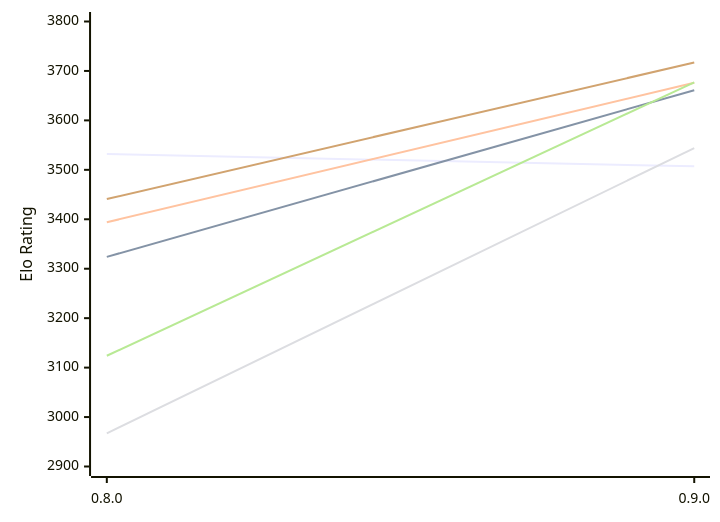
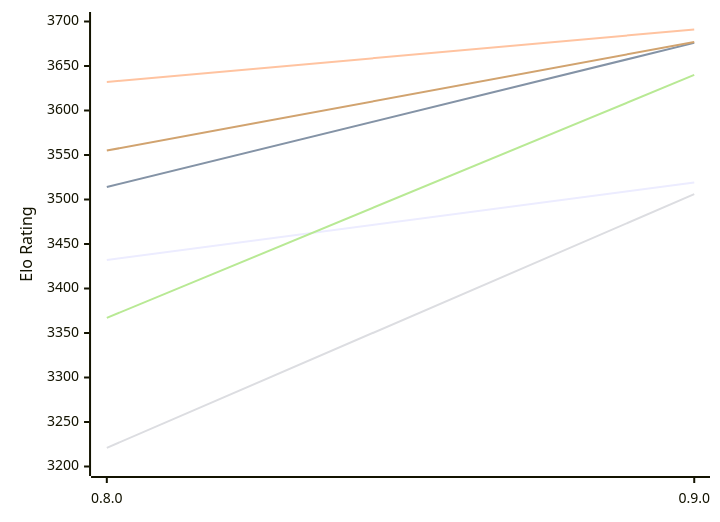
The first of 2 diagrams in engines/Reckless.md (computer-chess-index/cci), drawn with Mermaid before and after one commit. The commit also changed other lines of this file, not shown here.

Commit message:
Update CCI Ratings (ELO VLTC) - 2026-11-14

````diff
--- a/engines/Reckless.md
+++ b/engines/Reckless.md
@@ -50,12 +50,12 @@
 ```mermaid
 %%{init: {"theme":"base","themeVariables":{"seriesColors:['#a3a3a3','#222221','#faa371']}}}%%
 xychart-beta
   x-axis ["0.8.0", "0.9.0"]
-  y-axis "Elo Rating" 2900 --> 3800
-  line "E1: STC (8.0+0.08s)" [3532, 3507]
-  line "E1: LTC (60.0+0.60s)" [3324, 3661]
-  line "E1: VLTC (2m24s+1.12s)" [3394, 3676]
-  line "P1: STC (8.0+0.08s)" [2967, 3544]
-  line "P1: LTC (60.0+0.60s)" [3124, 3677]
-  line "P1: VLTC (2m24s+1.12s)" [3441, 3717]
+  y-axis "Elo Rating" 3200 --> 3700
+  line "E1: STC (8.0+0.08s)" [3432, 3519]
+  line "E1: LTC (60.0+0.60s)" [3514, 3676]
+  line "E1: VLTC (2m24s+1.12s)" [3632, 3691]
+  line "P1: STC (8.0+0.08s)" [3221, 3506]
+  line "P1: LTC (60.0+0.60s)" [3367, 3640]
+  line "P1: VLTC (2m24s+1.12s)" [3555, 3677]
 ```
````
